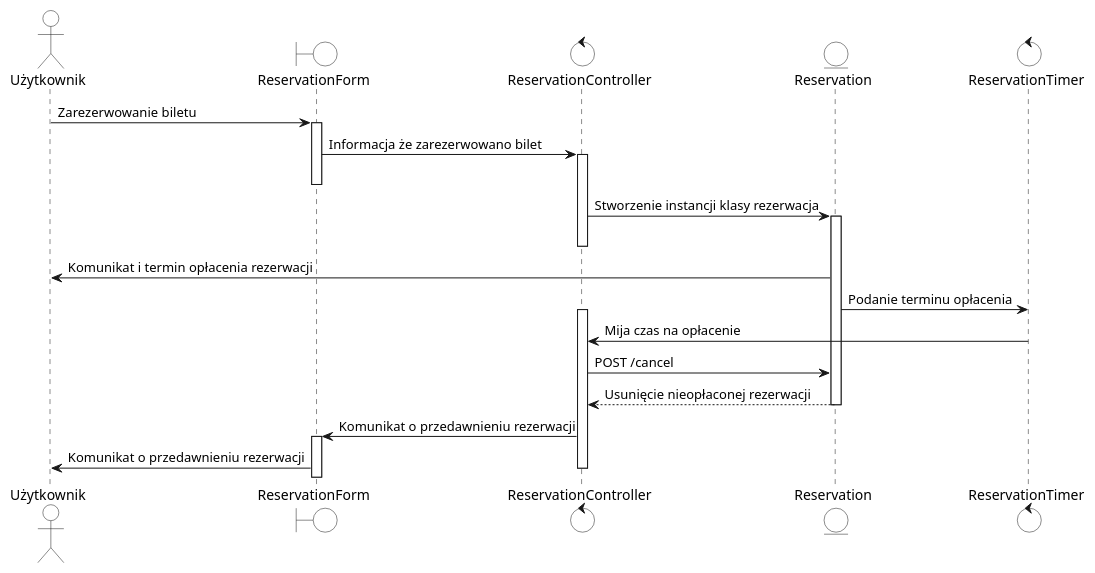
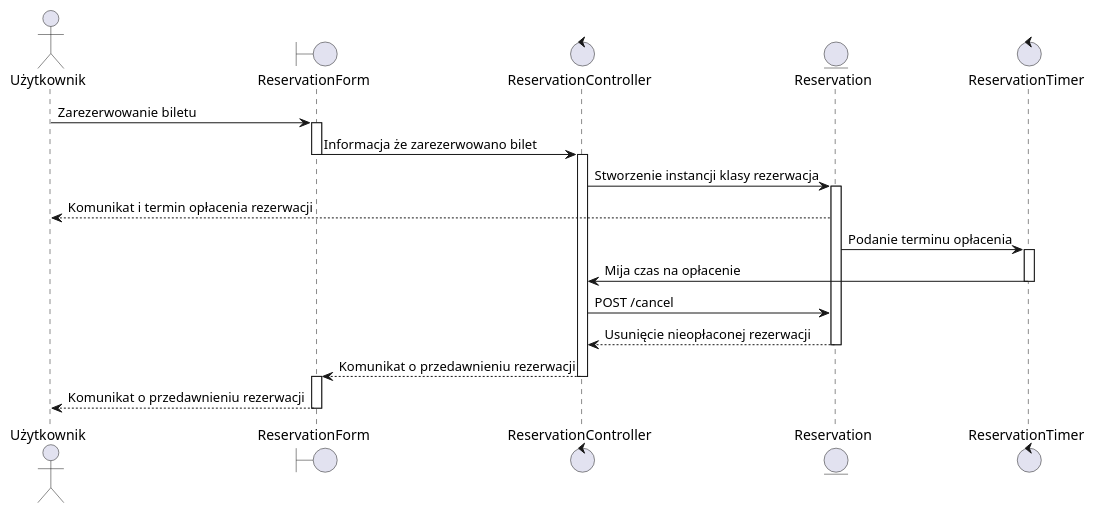
Before and after one commit to Tkapcer/SystemSprzedazyBiletow: the diagram in Diagramy/Sekwencji/AutoAnulujRezerwacje.puml, drawn with PlantUML. The commit also changed 1 other file, not shown here.

Commit message:
Drobne zmiany w diagramach sekwencji

```diff
--- a/Diagramy/Sekwencji/AutoAnulujRezerwacje.puml
+++ b/Diagramy/Sekwencji/AutoAnulujRezerwacje.puml
@@ -1,26 +1,27 @@
 @startuml
-Actor Użytkownik #white
-Boundary ReservationForm #white
-Control ReservationController #white
-Entity Reservation #white
-Control ReservationTimer #white
+Actor Użytkownik
+Boundary ReservationForm
+Control ReservationController
+Entity Reservation
+Control ReservationTimer
 Użytkownik -> ReservationForm : Zarezerwowanie biletu
 Activate ReservationForm
 ReservationForm -> ReservationController: Informacja że zarezerwowano bilet
+Deactivate ReservationForm
 Activate ReservationController
-Deactivate ReservationForm
 ReservationController -> Reservation : Stworzenie instancji klasy rezerwacja
 Activate Reservation
-Deactivate ReservationController
-Reservation -> Użytkownik: Komunikat i termin opłacenia rezerwacji
+Reservation --> Użytkownik: Komunikat i termin opłacenia rezerwacji
 Reservation -> ReservationTimer: Podanie terminu opłacenia
-Activate ReservationController
+activate ReservationTimer
 ReservationTimer -> ReservationController: Mija czas na opłacenie
+deactivate ReservationTimer
 ReservationController -> Reservation: POST /cancel
 Reservation --> ReservationController : Usunięcie nieopłaconej rezerwacji
 Deactivate Reservation
-ReservationController -> ReservationForm: Komunikat o przedawnieniu rezerwacji
+ReservationController --> ReservationForm: Komunikat o przedawnieniu rezerwacji
+Deactivate ReservationController
 Activate ReservationForm
-ReservationForm -> Użytkownik: Komunikat o przedawnieniu rezerwacji
-Deactivate ReservationController
+ReservationForm --> Użytkownik: Komunikat o przedawnieniu rezerwacji
+deactivate ReservationForm
 @enduml
```
